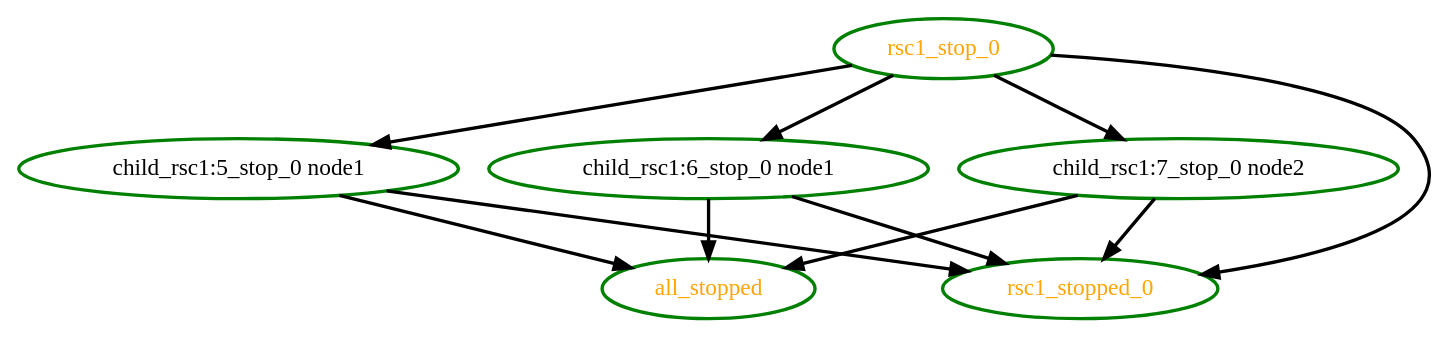
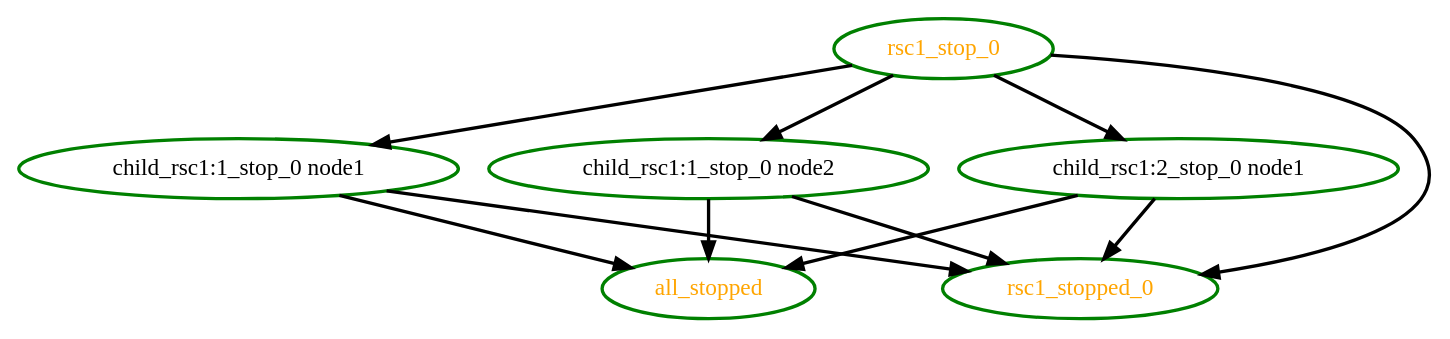
Before and after one commit to ClusterLabs/pacemaker: the diagram in pengine/test10/inc9.dot, drawn with Graphviz. The commit also changed 12 other files, not shown here.

First line of the commit message:
Low: PE: Create the dot graphs based on the resource names from the status section

```diff
--- a/pengine/test10/inc9.dot
+++ b/pengine/test10/inc9.dot
@@ -1,18 +1,18 @@
  digraph "g" {
 "all_stopped" [ style=bold color="green" fontcolor="orange" ]
-"child_rsc1:5_stop_0 node1" -> "all_stopped" [ style = bold]
-"child_rsc1:5_stop_0 node1" -> "rsc1_stopped_0" [ style = bold]
-"child_rsc1:5_stop_0 node1" [ style=bold color="green" fontcolor="black" ]
-"child_rsc1:6_stop_0 node1" -> "all_stopped" [ style = bold]
-"child_rsc1:6_stop_0 node1" -> "rsc1_stopped_0" [ style = bold]
-"child_rsc1:6_stop_0 node1" [ style=bold color="green" fontcolor="black" ]
-"child_rsc1:7_stop_0 node2" -> "all_stopped" [ style = bold]
-"child_rsc1:7_stop_0 node2" -> "rsc1_stopped_0" [ style = bold]
-"child_rsc1:7_stop_0 node2" [ style=bold color="green" fontcolor="black" ]
-"rsc1_stop_0" -> "child_rsc1:5_stop_0 node1" [ style = bold]
-"rsc1_stop_0" -> "child_rsc1:6_stop_0 node1" [ style = bold]
-"rsc1_stop_0" -> "child_rsc1:7_stop_0 node2" [ style = bold]
+"child_rsc1:1_stop_0 node1" -> "all_stopped" [ style = bold]
+"child_rsc1:1_stop_0 node1" -> "rsc1_stopped_0" [ style = bold]
+"child_rsc1:1_stop_0 node1" [ style=bold color="green" fontcolor="black"]
+"child_rsc1:1_stop_0 node2" -> "all_stopped" [ style = bold]
+"child_rsc1:1_stop_0 node2" -> "rsc1_stopped_0" [ style = bold]
+"child_rsc1:1_stop_0 node2" [ style=bold color="green" fontcolor="black"]
+"child_rsc1:2_stop_0 node1" -> "all_stopped" [ style = bold]
+"child_rsc1:2_stop_0 node1" -> "rsc1_stopped_0" [ style = bold]
+"child_rsc1:2_stop_0 node1" [ style=bold color="green" fontcolor="black"]
+"rsc1_stop_0" -> "child_rsc1:1_stop_0 node1" [ style = bold]
+"rsc1_stop_0" -> "child_rsc1:1_stop_0 node2" [ style = bold]
+"rsc1_stop_0" -> "child_rsc1:2_stop_0 node1" [ style = bold]
 "rsc1_stop_0" -> "rsc1_stopped_0" [ style = bold]
 "rsc1_stop_0" [ style=bold color="green" fontcolor="orange" ]
 "rsc1_stopped_0" [ style=bold color="green" fontcolor="orange" ]
 }
```
